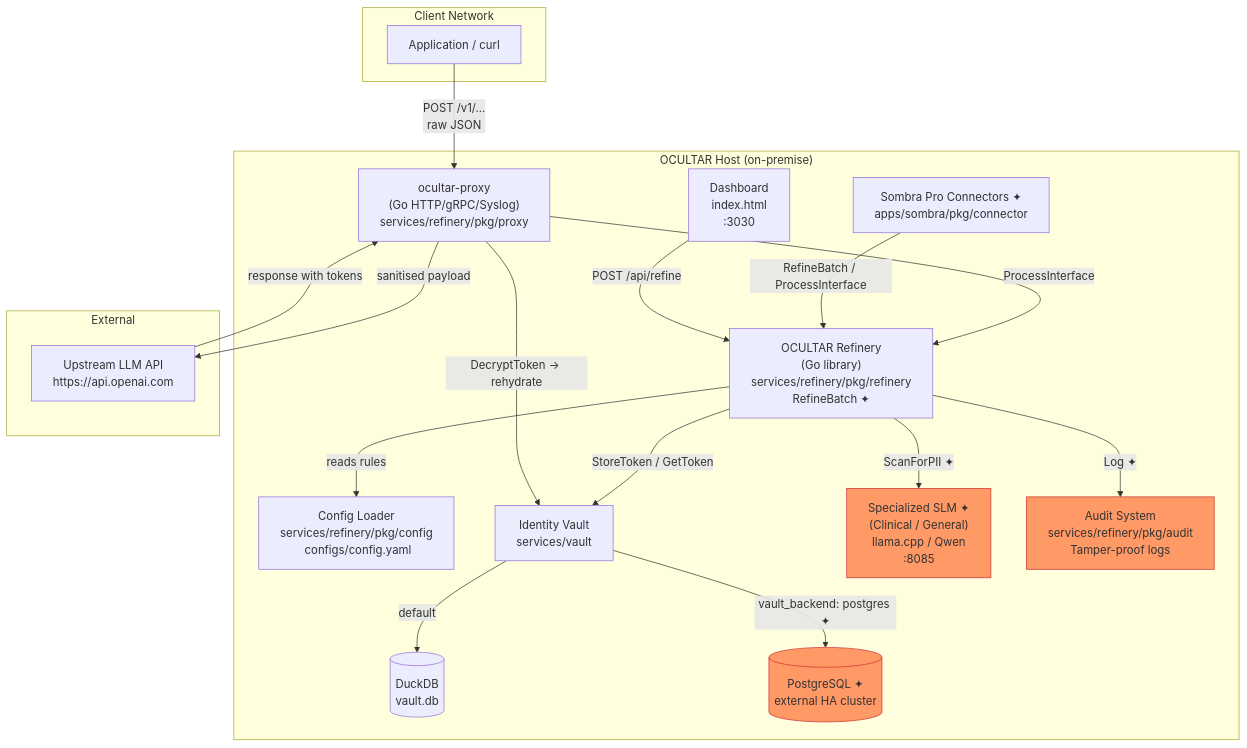
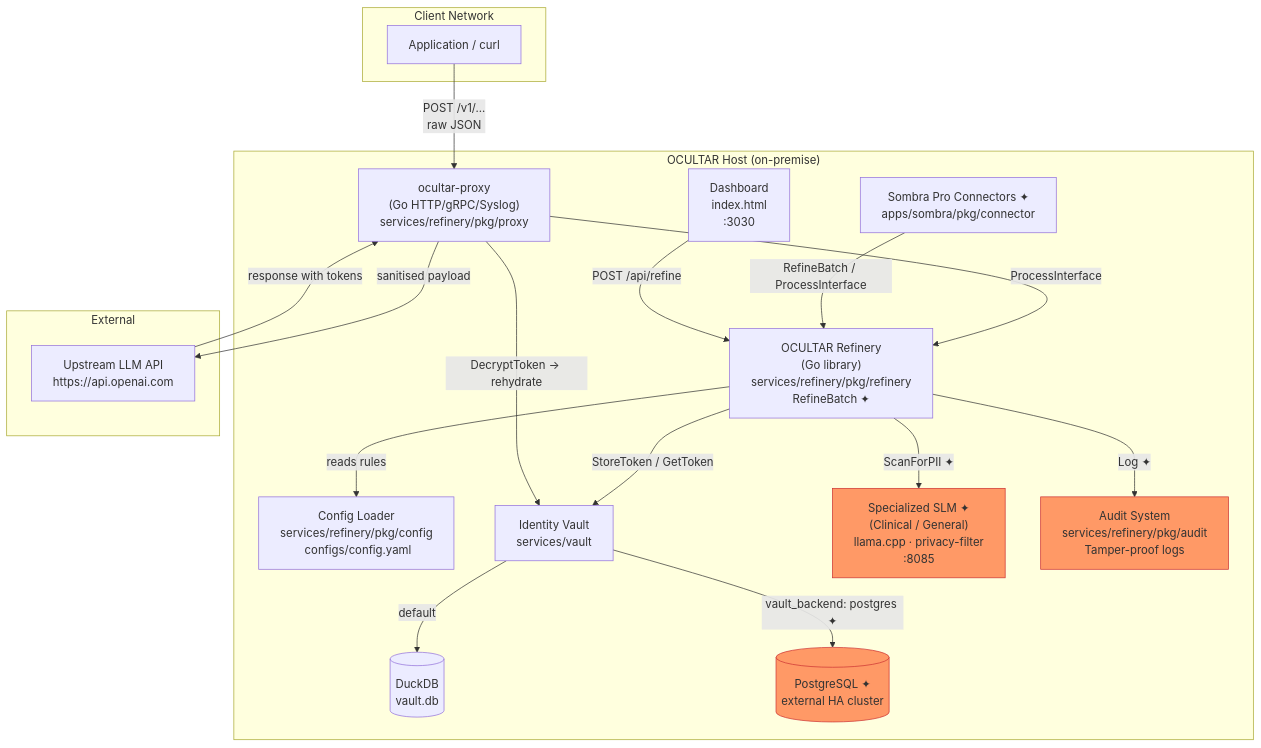
One commit to Edu963/ocultar changed the second of 5 diagrams in docs/reference/ARCHITECTURE.md. Above: the diagram before and after it, drawn with Mermaid. The commit also changed 5 other files, not shown here.

Commit message:
feat: implement engine-agnostic PII detection with support for llama.cpp and privacy-filter backends

````diff
--- a/docs/reference/ARCHITECTURE.md
+++ b/docs/reference/ARCHITECTURE.md
@@ -52,41 +52,41 @@
 ```mermaid
 graph TD
     subgraph "Client Network"
         App["Application / curl"]
     end
 
     subgraph "OCULTAR Host (on-premise)"
         Proxy["ocultar-proxy\n(Go HTTP/gRPC/Syslog)\nservices/refinery/pkg/proxy"]
         Refinery["OCULTAR Refinery\n(Go library)\nservices/refinery/pkg/refinery\nRefineBatch ✦"]
         Config["Config Loader\nservices/refinery/pkg/config\n configs/config.yaml"]
         Vault_svc["Identity Vault\nservices/vault"]
         DDB[("DuckDB\nvault.db")]
         PG[("PostgreSQL ✦\nexternal HA cluster")]
-        SLM["Specialized SLM ✦\n(Clinical / General)\nllama.cpp / Qwen\n:8085"]
+        SLM["Specialized SLM ✦\n(Clinical / General)\nllama.cpp · privacy-filter\n:8085"]
         Dashboard["Dashboard\nindex.html\n:3030"]
         AuditLog["Audit System\nservices/refinery/pkg/audit\nTamper-proof logs"]
         Connectors["Sombra Pro Connectors ✦\napps/sombra/pkg/connector"]
     end
 
     subgraph "External"
         Upstream["Upstream LLM API\nhttps://api.openai.com"]
     end
 
     App -->|"POST /v1/...\nraw JSON"| Proxy
     Proxy -->|"ProcessInterface"| Refinery
     Refinery -->|"reads rules"| Config
     Refinery -->|"StoreToken / GetToken"| Vault_svc
     Refinery -->|"ScanForPII ✦"| SLM
     Refinery -->|"Log ✦"| AuditLog
     Connectors -->|"RefineBatch / ProcessInterface"| Refinery
     Vault_svc -->|"default"| DDB
     Vault_svc -->|"vault_backend: postgres ✦"| PG
     Proxy -->|"sanitised payload"| Upstream
     Upstream -->|"response with tokens"| Proxy
     Proxy -->|"DecryptToken → rehydrate"| Vault_svc
     Dashboard -->|"POST /api/refine"| Refinery
 
     style SLM fill:#f96,stroke:#c33
     style PG fill:#f96,stroke:#c33
     style AuditLog fill:#f96,stroke:#c33
 ```
````
